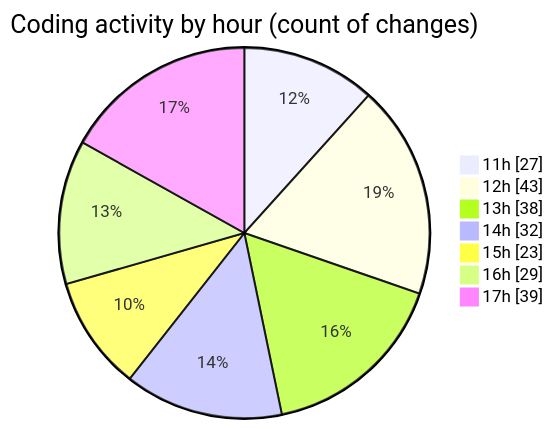
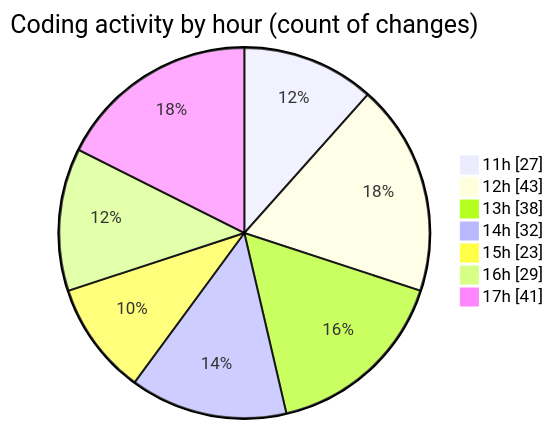
One commit to momahboobian/code-tracking changed the second of 2 diagrams in 2026-01-05/cda/README.md. Above: the diagram before and after it, drawn with Mermaid. The commit also changed other lines of this file and 1 other file, not shown here.

````diff
--- a/2026-01-05/cda/README.md
+++ b/2026-01-05/cda/README.md
@@ -49,11 +49,11 @@
 ```mermaid
 pie showData
 title Coding activity by hour (count of changes)
 "11h" : 27
 "12h" : 43
 "13h" : 38
 "14h" : 32
 "15h" : 23
 "16h" : 29
-"17h" : 39
+"17h" : 41
 ```
````
